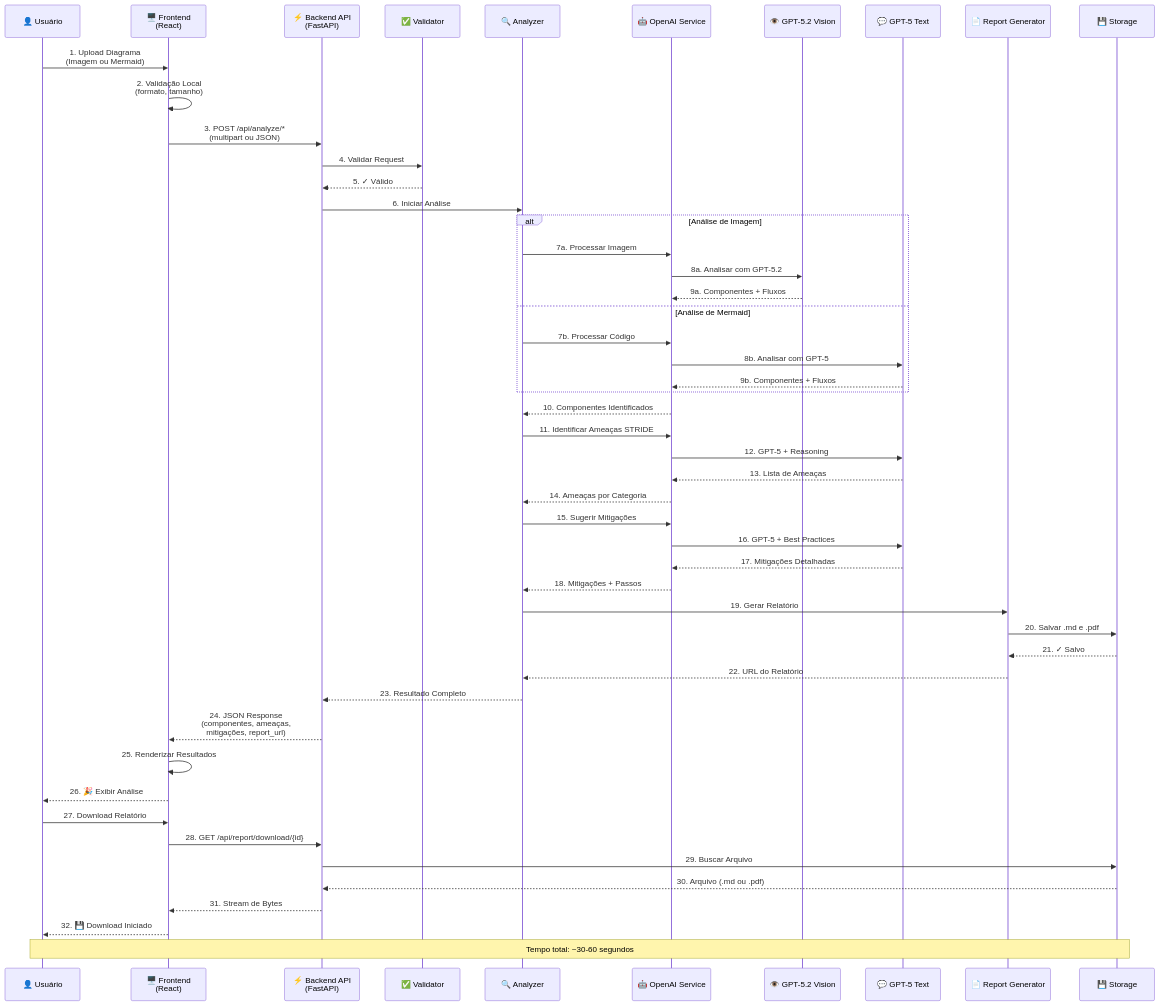
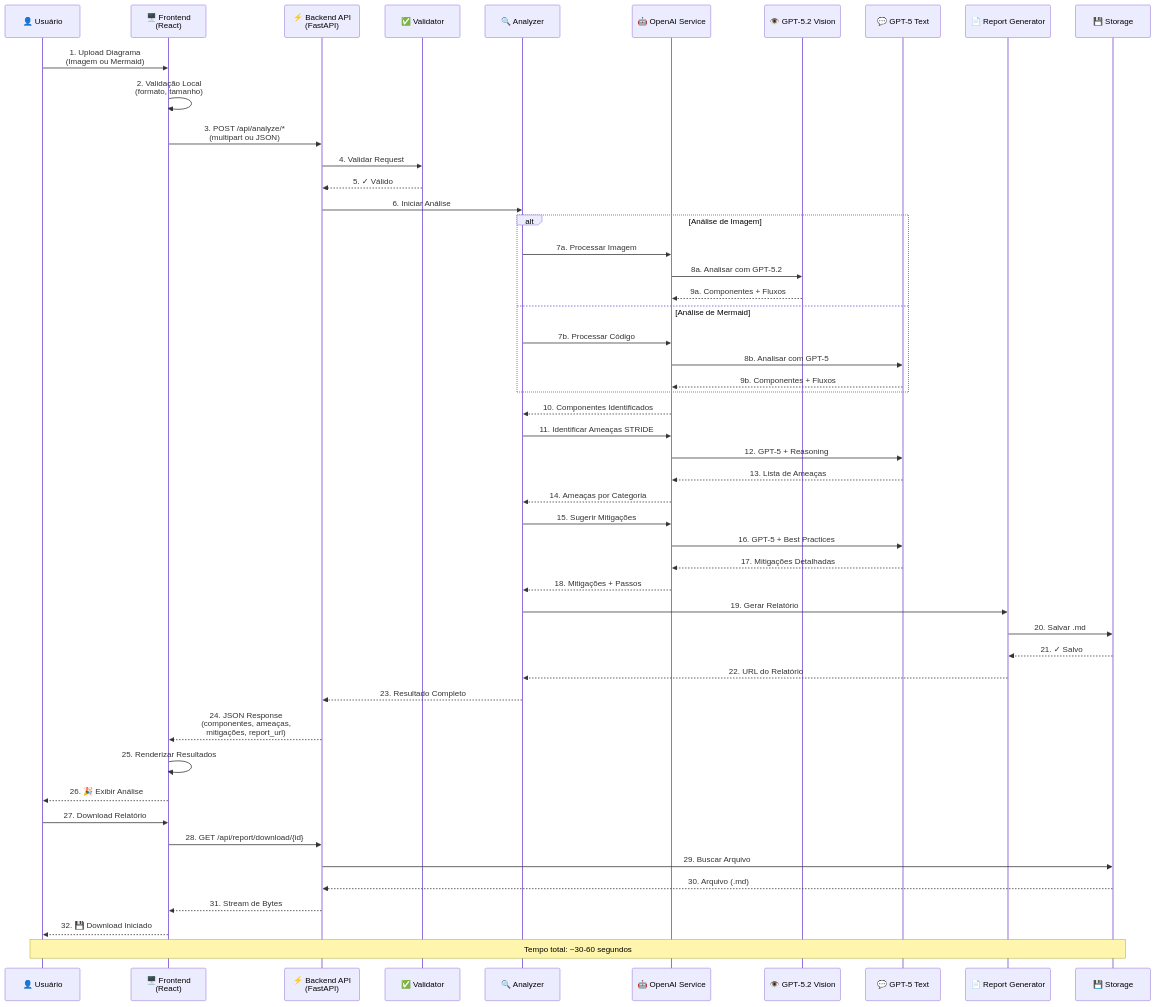
The second of 3 diagrams in README.md (bferraz/threatlens-analyzer), drawn with Mermaid before and after one commit. The commit also changed other lines of this file, not shown here.

Commit message:
fix: update report generation to only support Markdown format

````diff
--- a/README.md
+++ b/README.md
@@ -67,66 +67,66 @@
 ```mermaid
 sequenceDiagram
     participant User as 👤 Usuário
     participant UI as 🖥️ Frontend<br/>(React)
     participant API as ⚡ Backend API<br/>(FastAPI)
     participant Validator as ✅ Validator
     participant Analyzer as 🔍 Analyzer
     participant OpenAI as 🤖 OpenAI Service
     participant Vision as 👁️ GPT-5.2 Vision
     participant Text as 💬 GPT-5 Text
     participant ReportGen as 📄 Report Generator
     participant Storage as 💾 Storage
     
     User->>UI: 1. Upload Diagrama<br/>(Imagem ou Mermaid)
     UI->>UI: 2. Validação Local<br/>(formato, tamanho)
     
     UI->>API: 3. POST /api/analyze/*<br/>(multipart ou JSON)
     
     API->>Validator: 4. Validar Request
     Validator-->>API: 5. ✓ Válido
     
     API->>Analyzer: 6. Iniciar Análise
     
     alt Análise de Imagem
         Analyzer->>OpenAI: 7a. Processar Imagem
         OpenAI->>Vision: 8a. Analisar com GPT-5.2
         Vision-->>OpenAI: 9a. Componentes + Fluxos
     else Análise de Mermaid
         Analyzer->>OpenAI: 7b. Processar Código
         OpenAI->>Text: 8b. Analisar com GPT-5
         Text-->>OpenAI: 9b. Componentes + Fluxos
     end
     
     OpenAI-->>Analyzer: 10. Componentes Identificados
     
     Analyzer->>OpenAI: 11. Identificar Ameaças STRIDE
     OpenAI->>Text: 12. GPT-5 + Reasoning
     Text-->>OpenAI: 13. Lista de Ameaças
     OpenAI-->>Analyzer: 14. Ameaças por Categoria
     
     Analyzer->>OpenAI: 15. Sugerir Mitigações
     OpenAI->>Text: 16. GPT-5 + Best Practices
     Text-->>OpenAI: 17. Mitigações Detalhadas
     OpenAI-->>Analyzer: 18. Mitigações + Passos
     
     Analyzer->>ReportGen: 19. Gerar Relatório
-    ReportGen->>Storage: 20. Salvar .md e .pdf
+    ReportGen->>Storage: 20. Salvar .md
     Storage-->>ReportGen: 21. ✓ Salvo
     
     ReportGen-->>Analyzer: 22. URL do Relatório
     Analyzer-->>API: 23. Resultado Completo
     
     API-->>UI: 24. JSON Response<br/>(componentes, ameaças,<br/>mitigações, report_url)
     
     UI->>UI: 25. Renderizar Resultados
     UI-->>User: 26. 🎉 Exibir Análise
     
     User->>UI: 27. Download Relatório
     UI->>API: 28. GET /api/report/download/{id}
     API->>Storage: 29. Buscar Arquivo
-    Storage-->>API: 30. Arquivo (.md ou .pdf)
+    Storage-->>API: 30. Arquivo (.md)
     API-->>UI: 31. Stream de Bytes
     UI-->>User: 32. 💾 Download Iniciado
     
     Note over User,Storage: Tempo total: ~30-60 segundos
 ```
````
